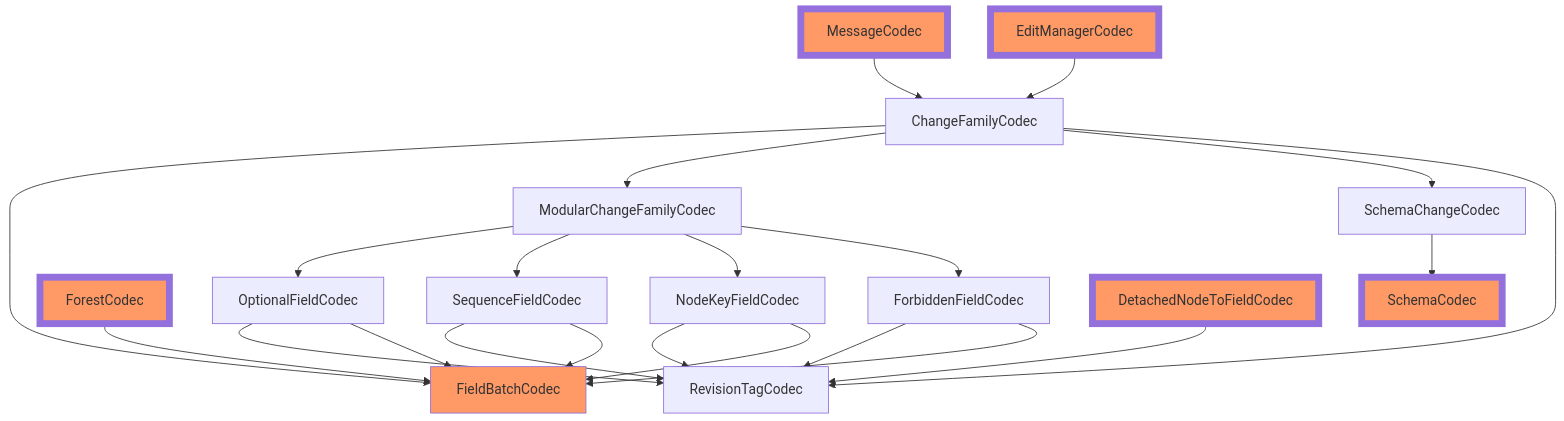
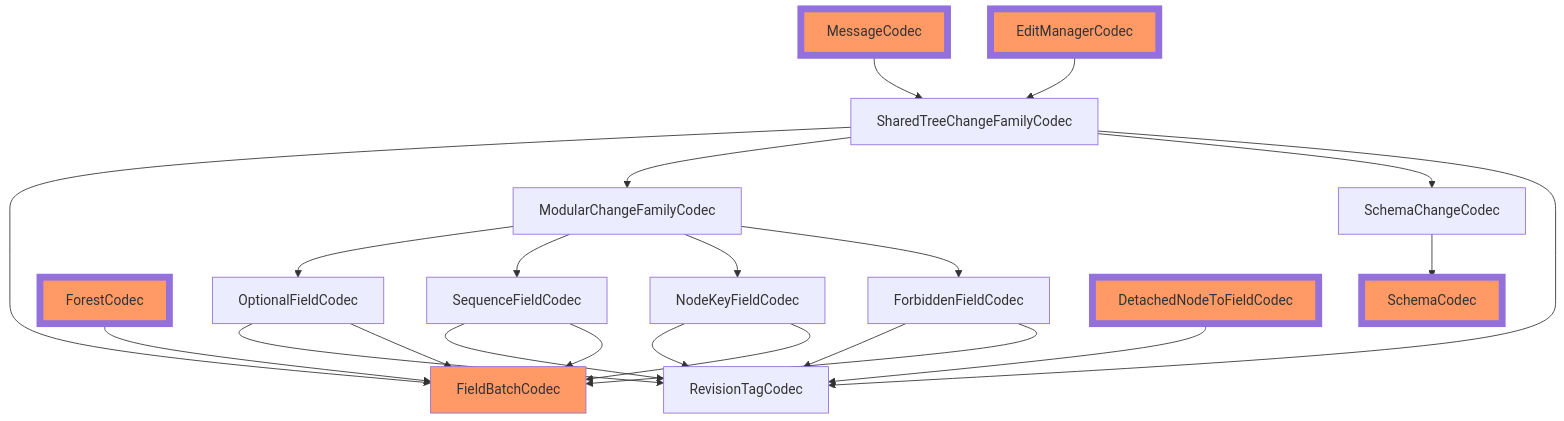
Before and after one commit to microsoft/FluidFramework: the diagram in packages/dds/tree/docs/main/compatibility.md, drawn with Mermaid. The commit also changed other lines of this file, not shown here.

Commit message:
compatibility.md tweaks

````diff
--- a/packages/dds/tree/docs/main/compatibility.md
+++ b/packages/dds/tree/docs/main/compatibility.md
@@ -158,34 +158,34 @@
 ```mermaid
 flowchart TD
     RevisionTagCodec
     SchemaCodec
     FieldBatchCodec
     ForestCodec-->FieldBatchCodec
-    MessageCodec-->ChangeFamilyCodec
-    EditManagerCodec-->ChangeFamilyCodec
-    ChangeFamilyCodec-->FieldBatchCodec
-    ChangeFamilyCodec-->ModularChangeFamilyCodec
-    ChangeFamilyCodec-->SchemaChangeCodec
+    MessageCodec-->SharedTreeChangeFamilyCodec
+    EditManagerCodec-->SharedTreeChangeFamilyCodec
+    SharedTreeChangeFamilyCodec-->FieldBatchCodec
+    SharedTreeChangeFamilyCodec-->ModularChangeFamilyCodec
+    SharedTreeChangeFamilyCodec-->SchemaChangeCodec
     SchemaChangeCodec-->SchemaCodec
     ModularChangeFamilyCodec-->OptionalFieldCodec
     ModularChangeFamilyCodec-->SequenceFieldCodec
     ModularChangeFamilyCodec-->NodeKeyFieldCodec
     ModularChangeFamilyCodec-->ForbiddenFieldCodec
-    ChangeFamilyCodec-->RevisionTagCodec
+    SharedTreeChangeFamilyCodec-->RevisionTagCodec
     DetachedNodeToFieldCodec-->RevisionTagCodec
     OptionalFieldCodec-->RevisionTagCodec
     SequenceFieldCodec-->RevisionTagCodec
     NodeKeyFieldCodec-->RevisionTagCodec
     ForbiddenFieldCodec-->RevisionTagCodec
     OptionalFieldCodec-->FieldBatchCodec
     SequenceFieldCodec-->FieldBatchCodec
     NodeKeyFieldCodec-->FieldBatchCodec
     ForbiddenFieldCodec-->FieldBatchCodec
 
     classDef summarizable stroke-width:8px
     classDef op stroke-width:8px
     classDef versioned fill:#f96
     class ForestCodec,EditManagerCodec,DetachedNodeToFieldCodec,SchemaCodec summarizable
     class MessageCodec op
     class FieldBatchCodec,SchemaCodec,ForestCodec,MessageCodec,EditManagerCodec,DetachedNodeToFieldCodec versioned
 ```
````
